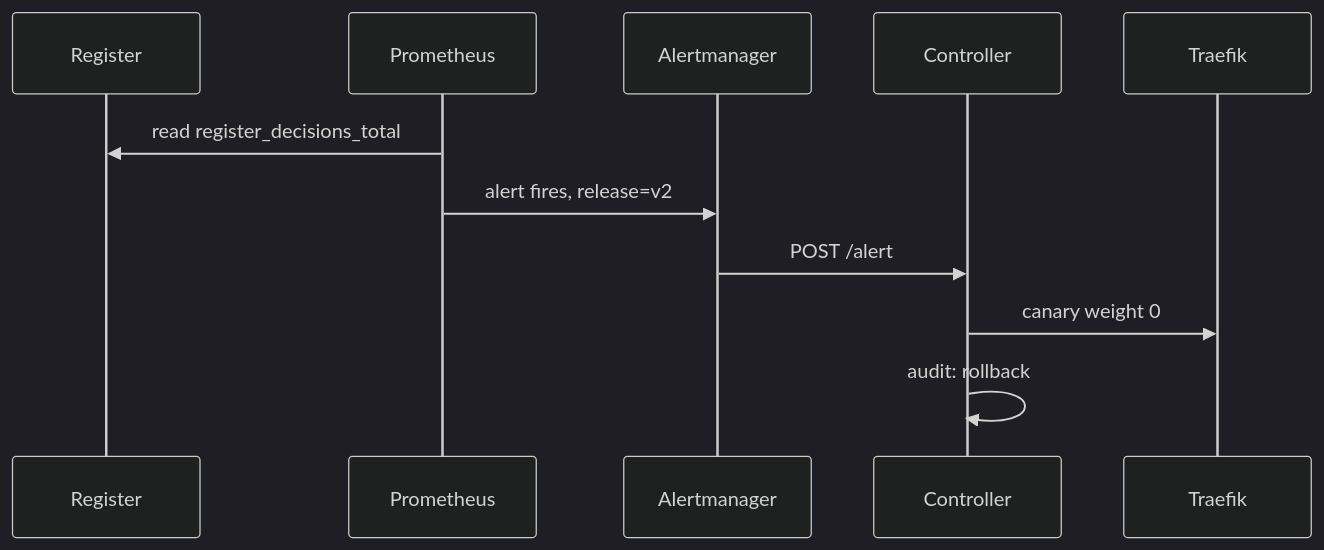
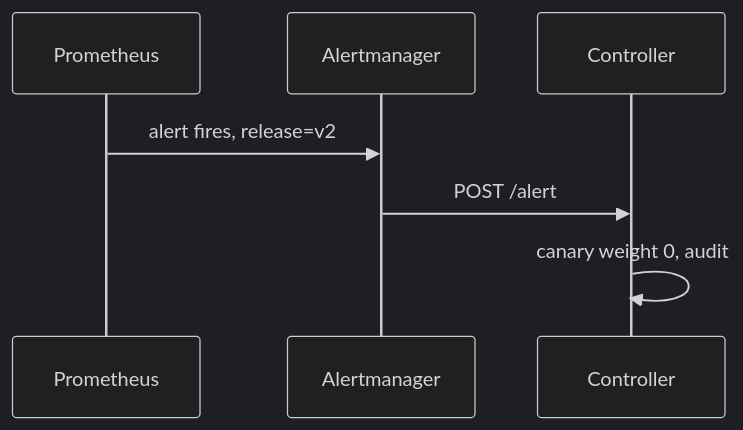
Before and after one commit to learnwithparam/agentic-deployment: the diagram in parts/04-release-safely/04-roll-back-automatically/problem/README.md, drawn with Mermaid (dark theme). The commit also changed other lines of this file and 98 other files, not shown here.

````diff
--- a/parts/04-release-safely/04-roll-back-automatically/problem/README.md
+++ b/parts/04-release-safely/04-roll-back-automatically/problem/README.md
@@ -34,13 +25,9 @@
 ```mermaid
 sequenceDiagram
-  participant REG as Register
   participant P as Prometheus
   participant AM as Alertmanager
   participant RC as Controller
-  participant T as Traefik
-  P->>REG: read register_decisions_total
   P->>AM: alert fires, release=v2
   AM->>RC: POST /alert
-  RC->>T: canary weight 0
-  RC->>RC: audit: rollback
+  RC->>RC: canary weight 0, audit
 ```
````
